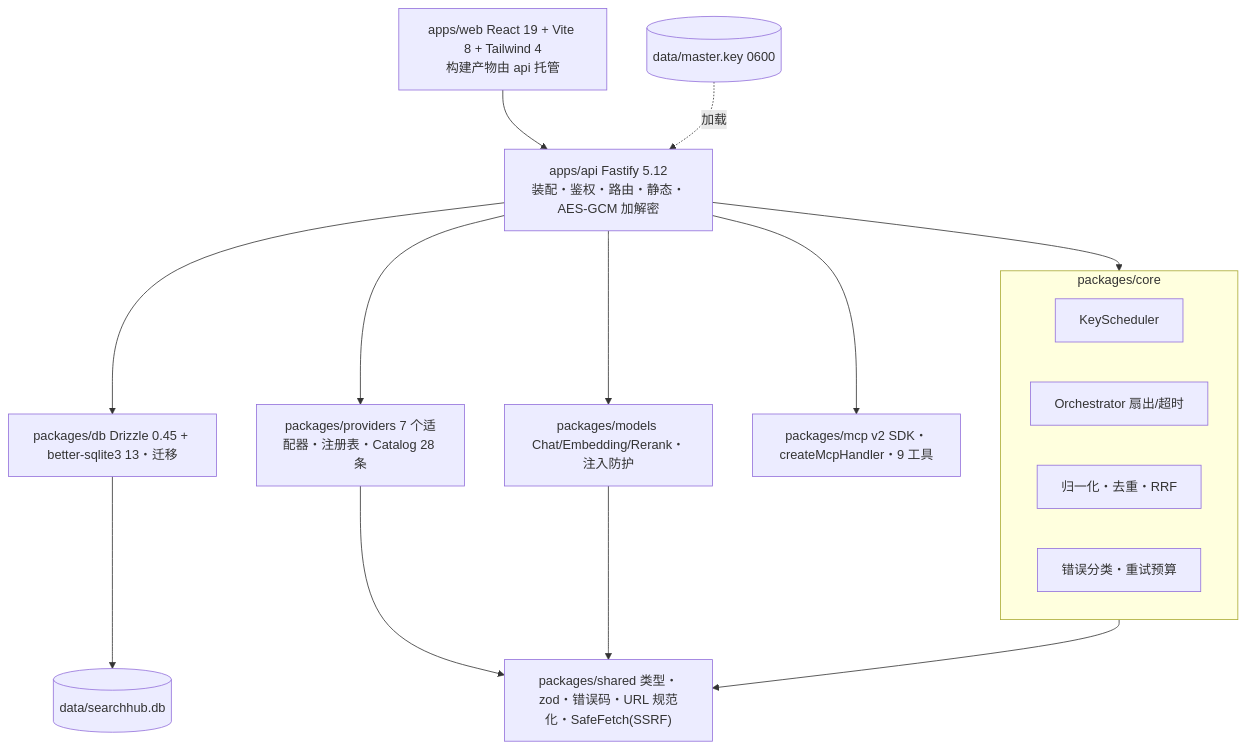
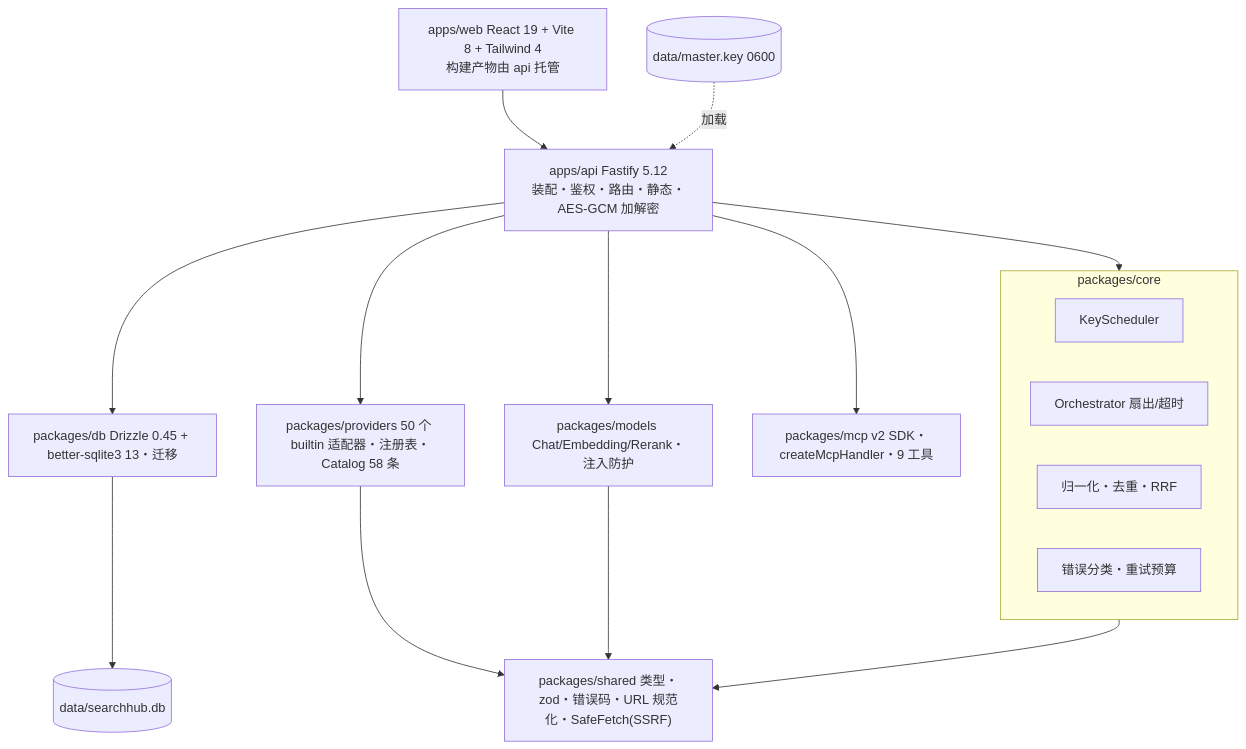
Before and after one commit to alicia1030su/search-hub: the second of 4 diagrams in docs/architecture.md, drawn with Mermaid. The commit also changed other lines of this file and 68 other files, not shown here.

````diff
--- a/docs/architecture.md
+++ b/docs/architecture.md
@@ -47,29 +50,29 @@
 ```mermaid
 graph TB
   WEB["apps/web React 19 + Vite 8 + Tailwind 4<br/>构建产物由 api 托管"]
   API["apps/api Fastify 5.12<br/>装配・鉴权・路由・静态・AES-GCM 加解密"]
   subgraph core["packages/core"]
     KS["KeyScheduler"]
     ORC["Orchestrator 扇出/超时"]
     FUSE["归一化・去重・RRF"]
     ERR["错误分类・重试预算"]
   end
-  PR["packages/providers 7 个适配器・注册表・Catalog 28 条"]
+  PR["packages/providers 50 个 builtin 适配器・注册表・Catalog 58 条"]
   MD["packages/models Chat/Embedding/Rerank・注入防护"]
   MC["packages/mcp v2 SDK・createMcpHandler・9 工具"]
   DB["packages/db Drizzle 0.45 + better-sqlite3 13・迁移"]
   SH2["packages/shared 类型・zod・错误码・URL 规范化・SafeFetch(SSRF)"]
   FS[("data/searchhub.db")]
   MK[("data/master.key 0600")]
   WEB --> API
   API --> core
   API --> MC
   API --> DB
   API --> PR
   API --> MD
   core --> SH2
   PR --> SH2
   MD --> SH2
   DB --> FS
   MK -.->|"加载"| API
 ```
````
